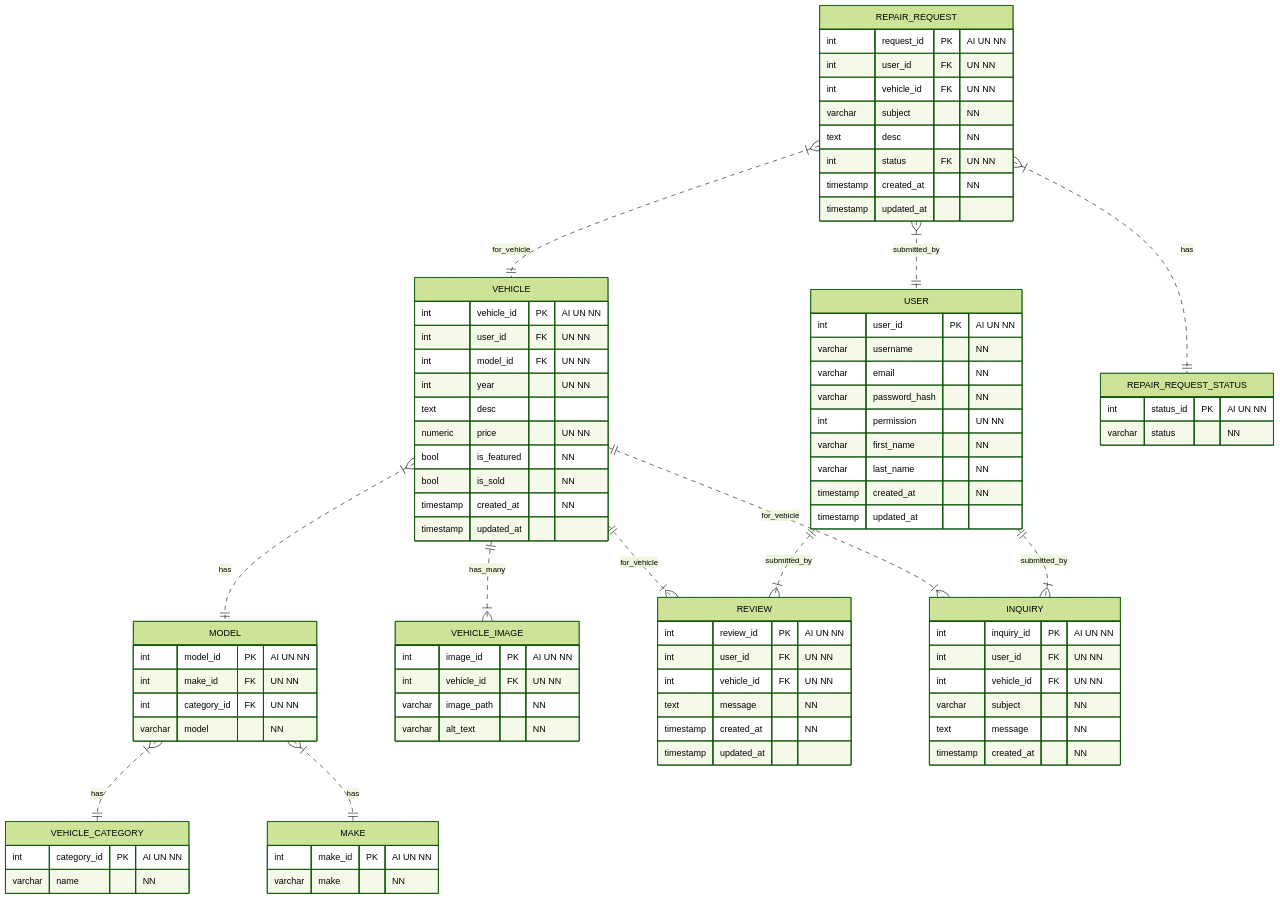
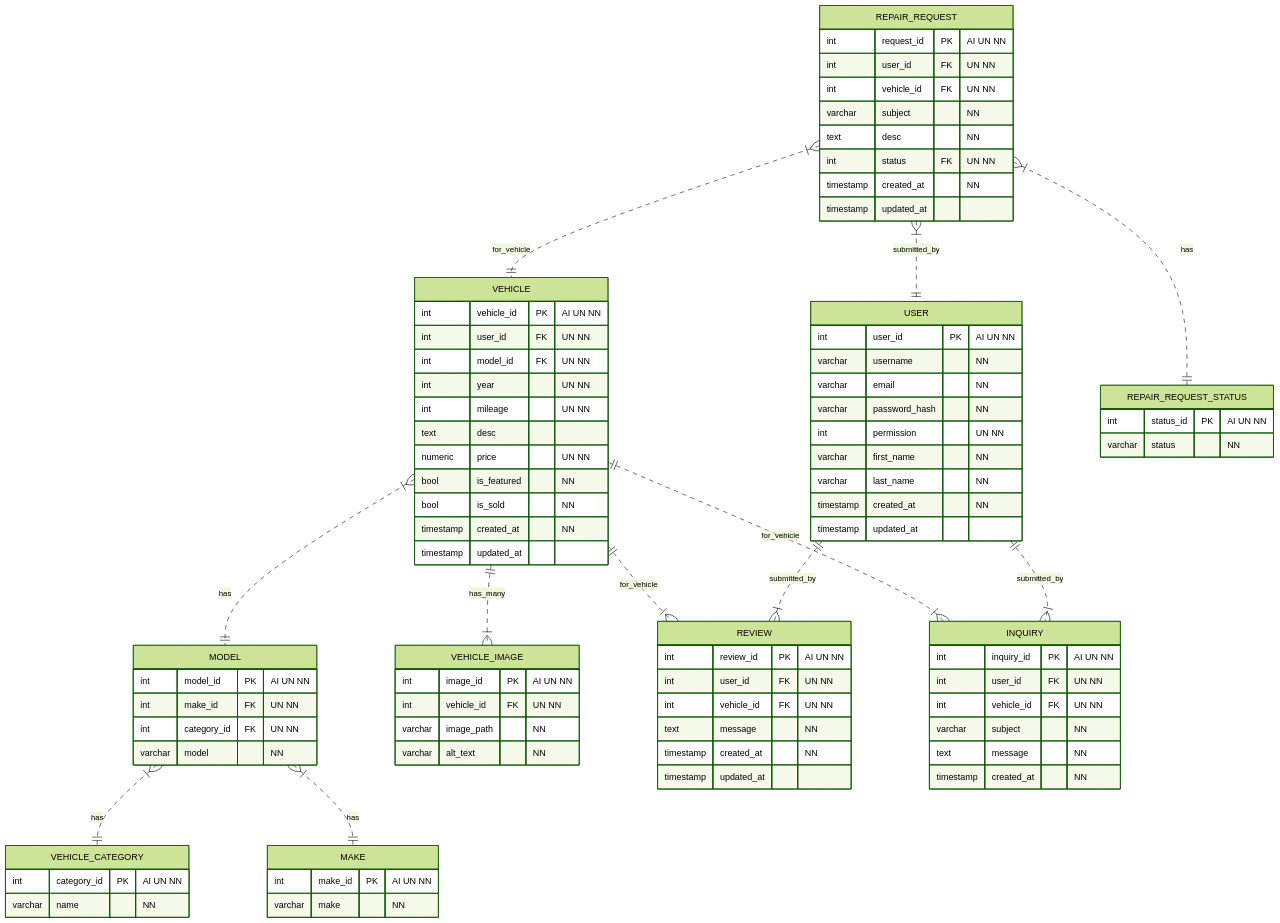
One commit to alexanderdombroski/car_dealer changed the diagram in docs/schema.md. Above: the diagram before and after it, drawn with Mermaid (forest theme). The commit also changed 1 other file, not shown here.

Commit message:
updated db to include mileage of cars

```diff
--- a/docs/schema.md
+++ b/docs/schema.md
@@ -23,6 +23,7 @@
         int user_id FK "UN NN"
         int model_id FK "UN NN"
         int year "UN NN"
+        int mileage "UN NN"
         text desc
         numeric price "UN NN"
         bool is_featured "NN"
```
